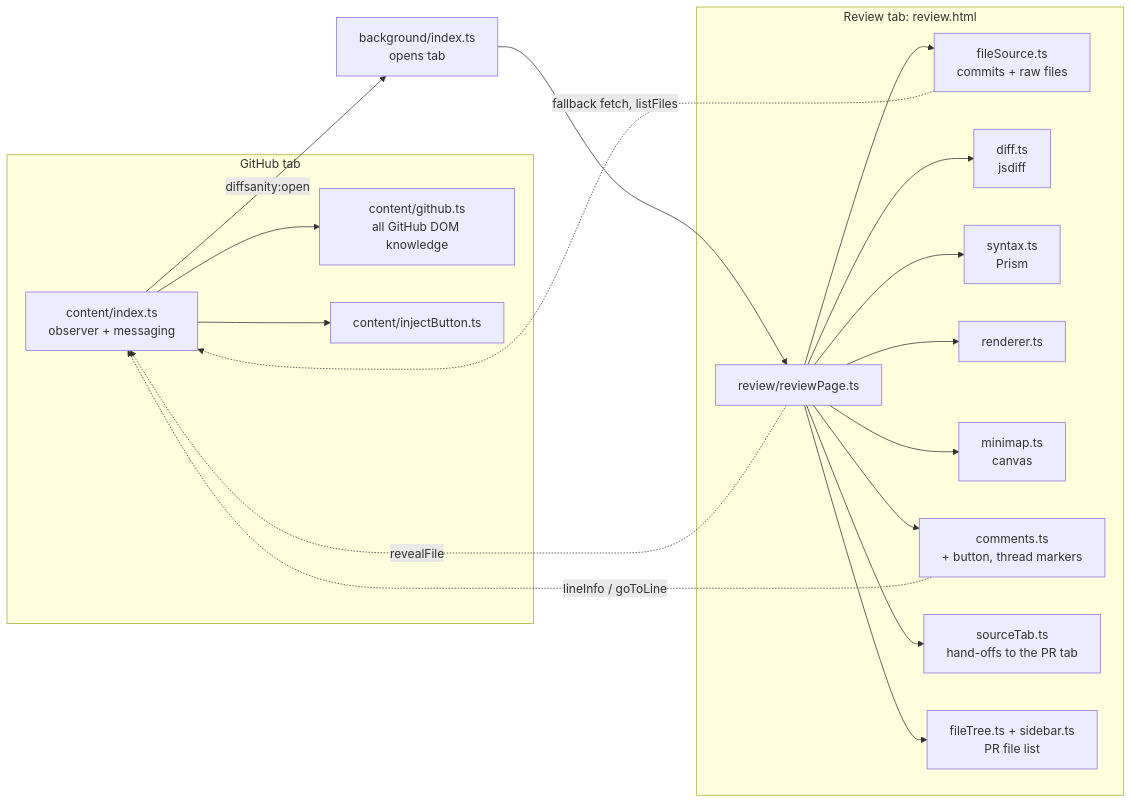
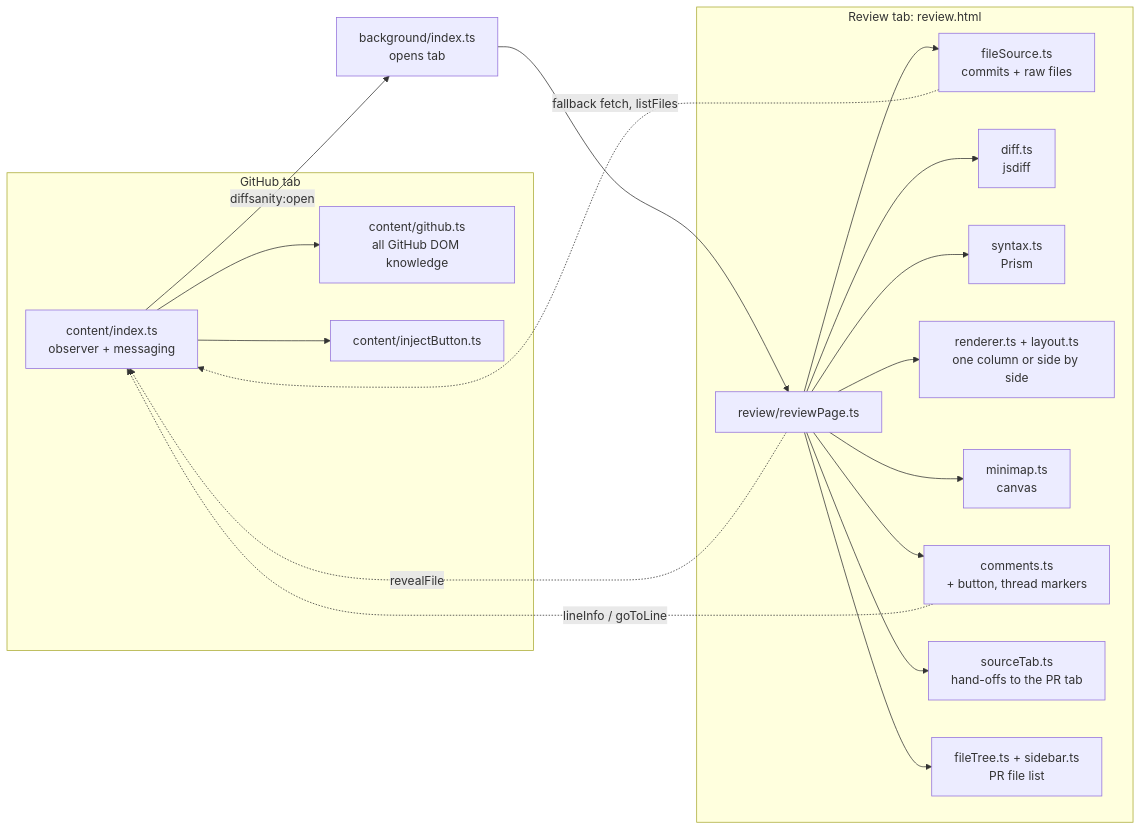
Before and after one commit to zubeirom/DiffSanity: the diagram in README.md, drawn with Mermaid. The commit also changed other lines of this file and 18 other files, not shown here.

````diff
--- a/README.md
+++ b/README.md
@@ -60,22 +61,22 @@
 ```mermaid
 flowchart LR
   subgraph GitHub tab
     C[content/index.ts<br/>observer + messaging] --> G[content/github.ts<br/>all GitHub DOM knowledge]
     C --> B[content/injectButton.ts]
   end
   C -- diffsanity:open --> W[background/index.ts<br/>opens tab]
   W --> R
   subgraph Review tab: review.html
     R[review/reviewPage.ts] --> F[fileSource.ts<br/>commits + raw files]
     R --> D[diff.ts<br/>jsdiff]
     R --> S[syntax.ts<br/>Prism]
-    R --> X[renderer.ts]
+    R --> X[renderer.ts + layout.ts<br/>one column or side by side]
     R --> M[minimap.ts<br/>canvas]
     R --> K[comments.ts<br/>+ button, thread markers]
     R --> A[sourceTab.ts<br/>hand-offs to the PR tab]
     R --> T[fileTree.ts + sidebar.ts<br/>PR file list]
   end
   F -. fallback fetch, listFiles .-> C
   K -. lineInfo / goToLine .-> C
   R -. revealFile .-> C
 ```
````
